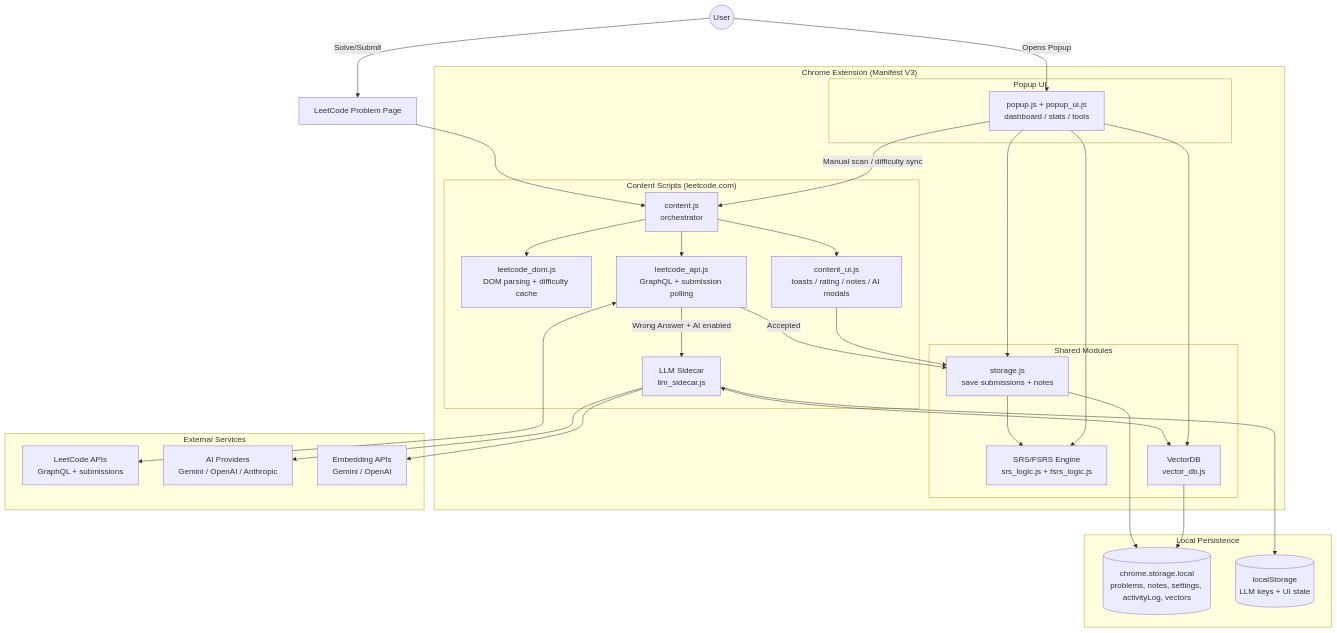
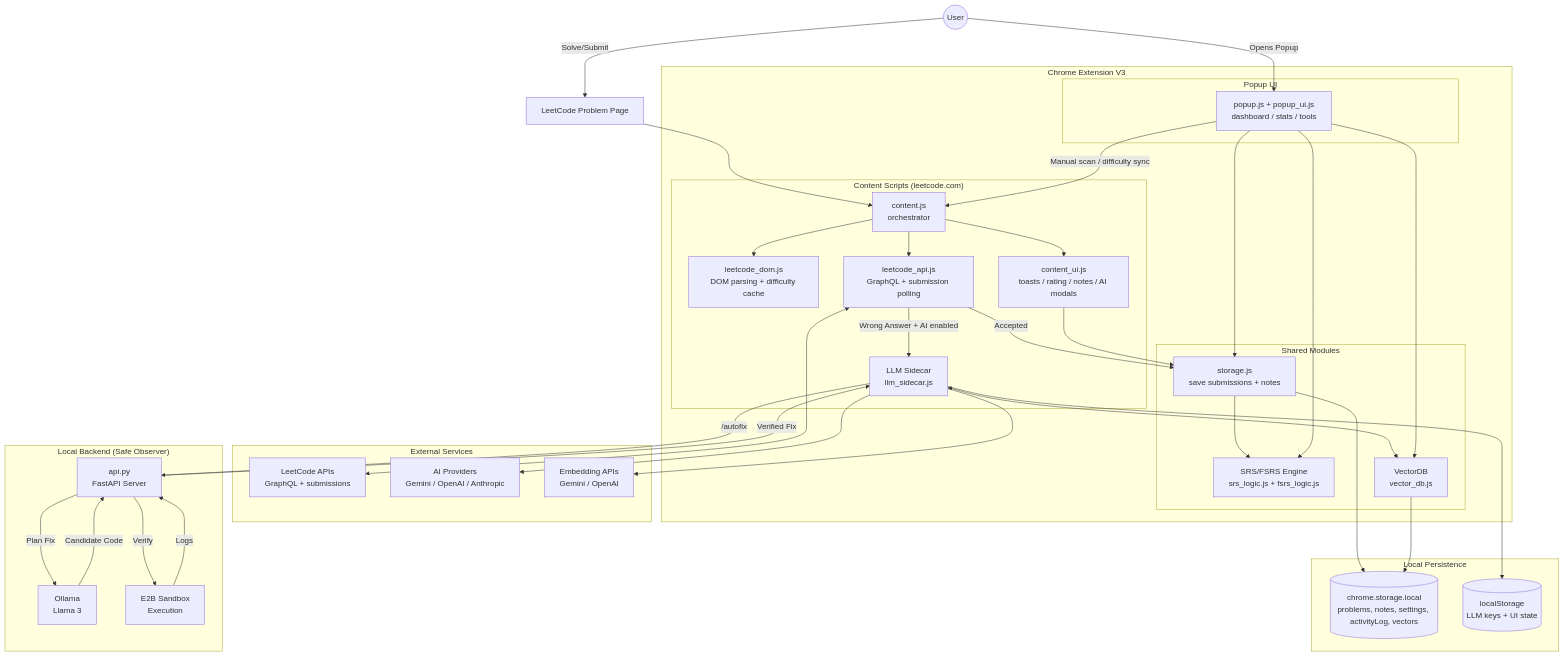
The first of 2 diagrams in README.md (yc1838/LeetCode-Spaced-Repetition-Chrome-Extension), drawn with Mermaid before and after one commit. The commit also changed other lines of this file and 8 other files, not shown here.

Commit message:
feat: implement autofix agent with API endpoint, tests, and frontend integration.

````diff
--- a/README.md
+++ b/README.md
@@ -187,63 +187,77 @@
 ```mermaid
 graph TD
     User((User))
     LCPage[LeetCode Problem Page]
 
     User -- Solve/Submit --> LCPage
 
-    subgraph Extension["Chrome Extension (Manifest V3)"]
+    subgraph Extension["Chrome Extension V3"]
         subgraph Content["Content Scripts (leetcode.com)"]
             Orchestrator[content.js<br/>orchestrator]
             DOM[leetcode_dom.js<br/>DOM parsing + difficulty cache]
             API[leetcode_api.js<br/>GraphQL + submission polling]
             UI[content_ui.js<br/>toasts / rating / notes / AI modals]
             LLM[LLM Sidecar<br/>llm_sidecar.js]
         end
 
         subgraph Shared["Shared Modules"]
             StorageMod[storage.js<br/>save submissions + notes]
             SRS[SRS/FSRS Engine<br/>srs_logic.js + fsrs_logic.js]
             VDB[VectorDB<br/>vector_db.js]
         end
 
         subgraph Popup["Popup UI"]
             PopupJS[popup.js + popup_ui.js<br/>dashboard / stats / tools]
         end
     end
 
     subgraph Local["Local Persistence"]
         CS[(chrome.storage.local<br/>problems, notes, settings, activityLog, vectors)]
         LS[(localStorage<br/>LLM keys + UI state)]
     end
 
     subgraph External["External Services"]
         LCAPI[LeetCode APIs<br/>GraphQL + submissions]
         AI[AI Providers<br/>Gemini / OpenAI / Anthropic]
         Embed[Embedding APIs<br/>Gemini / OpenAI]
     end
 
+    subgraph MCP["Local Backend (Safe Observer)"]
+        FastAPI[api.py<br/>FastAPI Server]
+        Ollama[Ollama<br/>Llama 3]
+        Sandbox[E2B Sandbox<br/>Execution]
+    end
+
     LCPage --> Orchestrator
     Orchestrator --> DOM
     Orchestrator --> API
     Orchestrator --> UI
 
     API <--> LCAPI
     API -- Accepted --> StorageMod
     API -- Wrong Answer + AI enabled --> LLM
 
     StorageMod --> SRS
     StorageMod --> CS
     UI --> StorageMod
 
     LLM --> AI
     LLM --> Embed
     LLM <--> VDB
     VDB --> CS
     LLM --> LS
+    
+    %% Safe Observer Loop
+    LLM -- /autofix --> FastAPI
+    FastAPI -- Plan Fix --> Ollama
+    Ollama -- Candidate Code --> FastAPI
+    FastAPI -- Verify --> Sandbox
+    Sandbox -- Logs --> FastAPI
+    FastAPI -- Verified Fix --> LLM
 
     User -- Opens Popup --> PopupJS
     PopupJS --> StorageMod
     PopupJS --> VDB
     PopupJS --> SRS
     PopupJS -- Manual scan / difficulty sync --> Orchestrator
 ```
````
